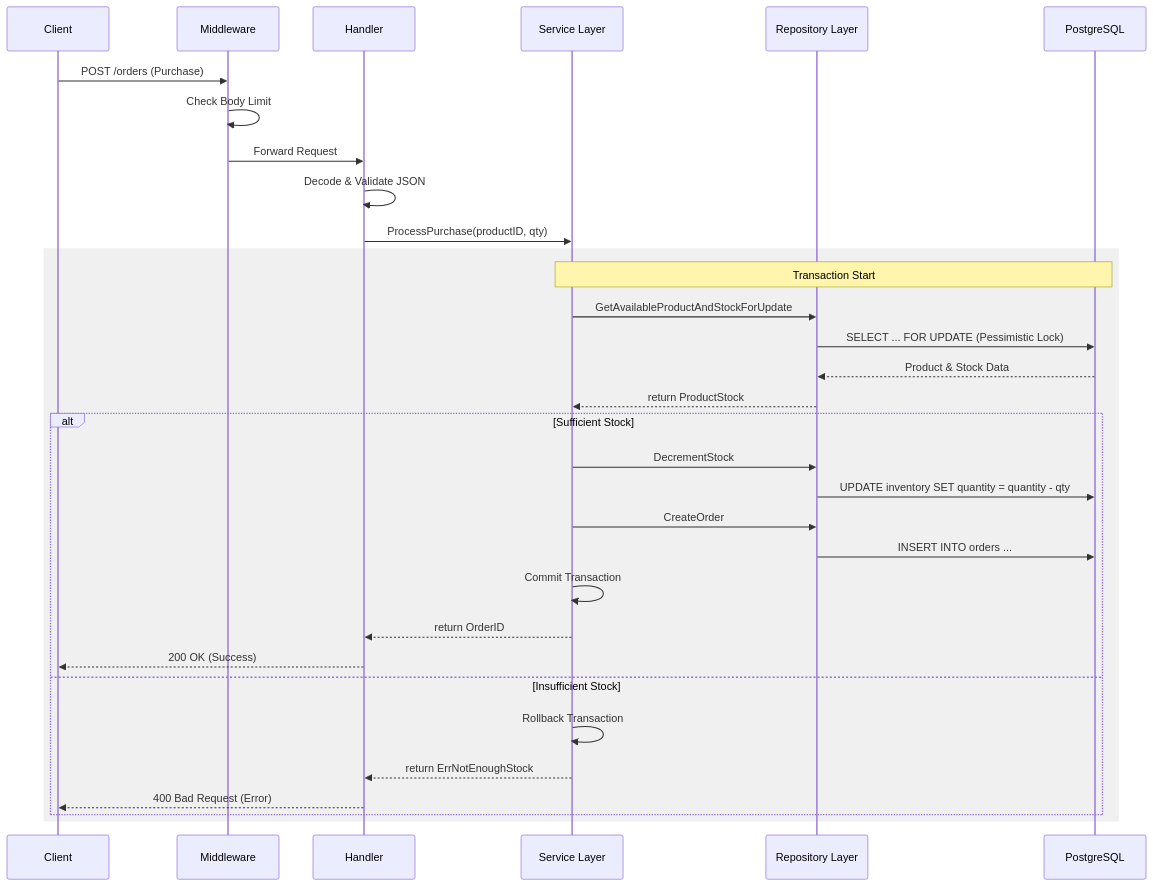
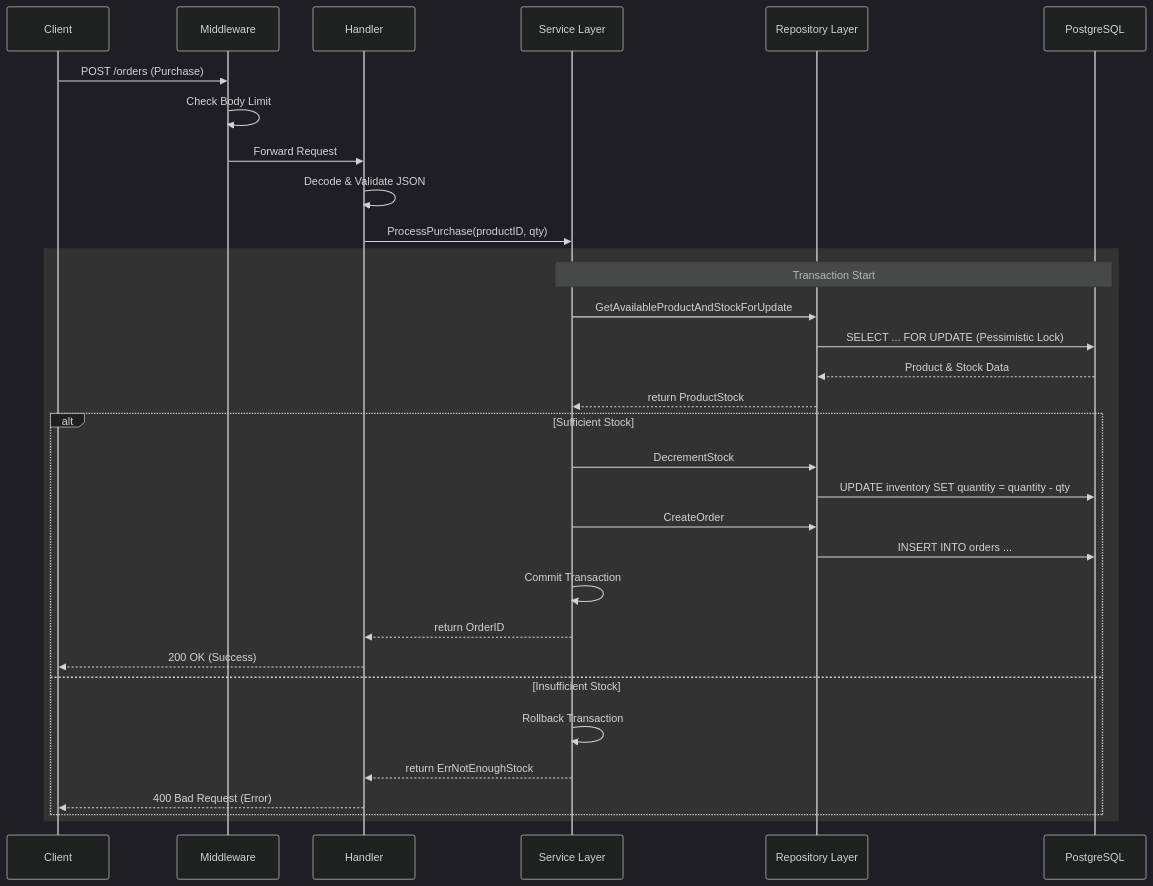
The diagram in README.md (qinyul/flash-sale), drawn with Mermaid before and after one commit. The commit also changed other lines of this file, not shown here.

````diff
--- a/README.md
+++ b/README.md
@@ -9,37 +9,38 @@
 ```mermaid
+%%{init: {'theme': 'dark'}}%%
 sequenceDiagram
     participant C as Client
     participant M as Middleware
     participant H as Handler
     participant S as Service Layer
     participant R as Repository Layer
     participant DB as PostgreSQL
 
     C->>M: POST /orders (Purchase)
     M->>M: Check Body Limit
     M->>H: Forward Request
     H->>H: Decode & Validate JSON
     H->>S: ProcessPurchase(productID, qty)
     
-    rect rgb(240, 240, 240)
+    rect rgb(50, 50, 50)
     Note over S, DB: Transaction Start
     S->>R: GetAvailableProductAndStockForUpdate
     R->>DB: SELECT ... FOR UPDATE (Pessimistic Lock)
     DB-->>R: Product & Stock Data
     R-->>S: return ProductStock
     
     alt Sufficient Stock
         S->>R: DecrementStock
         R->>DB: UPDATE inventory SET quantity = quantity - qty
         S->>R: CreateOrder
         R->>DB: INSERT INTO orders ...
         S->>S: Commit Transaction
         S-->>H: return OrderID
         H-->>C: 200 OK (Success)
     else Insufficient Stock
         S->>S: Rollback Transaction
         S-->>H: return ErrNotEnoughStock
         H-->>C: 400 Bad Request (Error)
     end
     end
 ```
````
